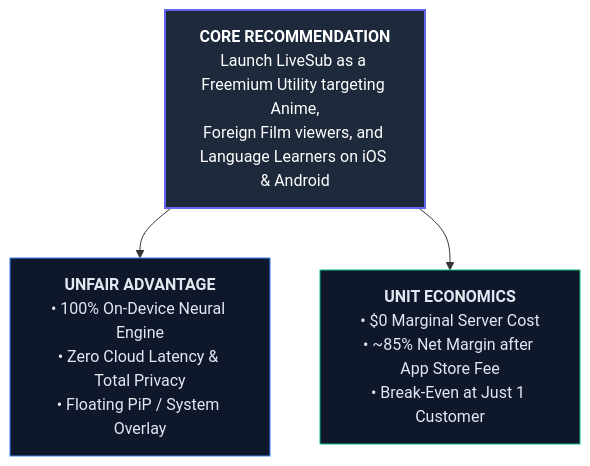
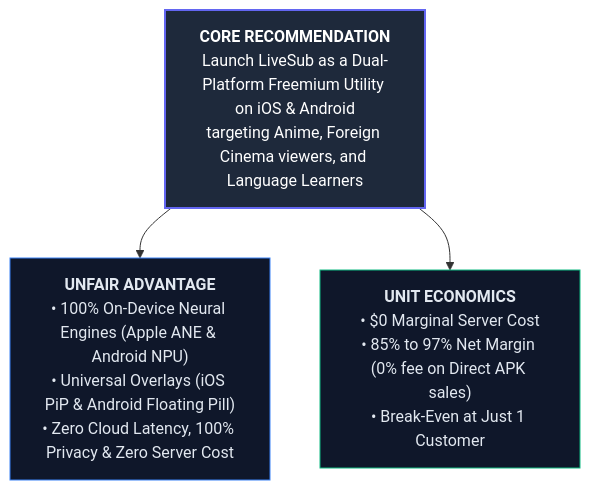
One commit to martinfou/close-caption changed the first of 8 diagrams in docs/BUSINESS_PLAN.md. Above: the diagram before and after it, drawn with Mermaid. The commit also changed other lines of this file and 1 other file, not shown here.

Commit message:
docs: treat Android as first-class co-equal platform in business plan and landing page

````diff
--- a/docs/BUSINESS_PLAN.md
+++ b/docs/BUSINESS_PLAN.md
@@ -16,14 +16,14 @@
 ```mermaid
 graph TD
-    REC["<b>CORE RECOMMENDATION</b><br/>Launch LiveSub as a Freemium Utility targeting Anime,<br/>Foreign Film viewers, and Language Learners on iOS & Android"]
+    REC["<b>CORE RECOMMENDATION</b><br/>Launch LiveSub as a Dual-Platform Freemium Utility on iOS & Android<br/>targeting Anime, Foreign Cinema viewers, and Language Learners"]
     
-    ADV["<b>UNFAIR ADVANTAGE</b><br/>• 100% On-Device Neural Engine<br/>• Zero Cloud Latency & Total Privacy<br/>• Floating PiP / System Overlay"]
-    ECON["<b>UNIT ECONOMICS</b><br/>• $0 Marginal Server Cost<br/>• ~85% Net Margin after App Store Fee<br/>• Break-Even at Just 1 Customer"]
+    ADV["<b>UNFAIR ADVANTAGE</b><br/>• 100% On-Device Neural Engines (Apple ANE & Android NPU)<br/>• Universal Overlays (iOS PiP & Android Floating Pill)<br/>• Zero Cloud Latency, 100% Privacy & Zero Server Cost"]
+    ECON["<b>UNIT ECONOMICS</b><br/>• $0 Marginal Server Cost<br/>• 85% to 97% Net Margin (0% fee on Direct APK sales)<br/>• Break-Even at Just 1 Customer"]
     
     REC --> ADV
     REC --> ECON
     
     style REC fill:#1e293b,stroke:#6366f1,stroke-width:2px,color:#ffffff
     style ADV fill:#0f172a,stroke:#3b82f6,stroke-width:1px,color:#e2e8f0
     style ECON fill:#0f172a,stroke:#10b981,stroke-width:1px,color:#e2e8f0
 ```
````
